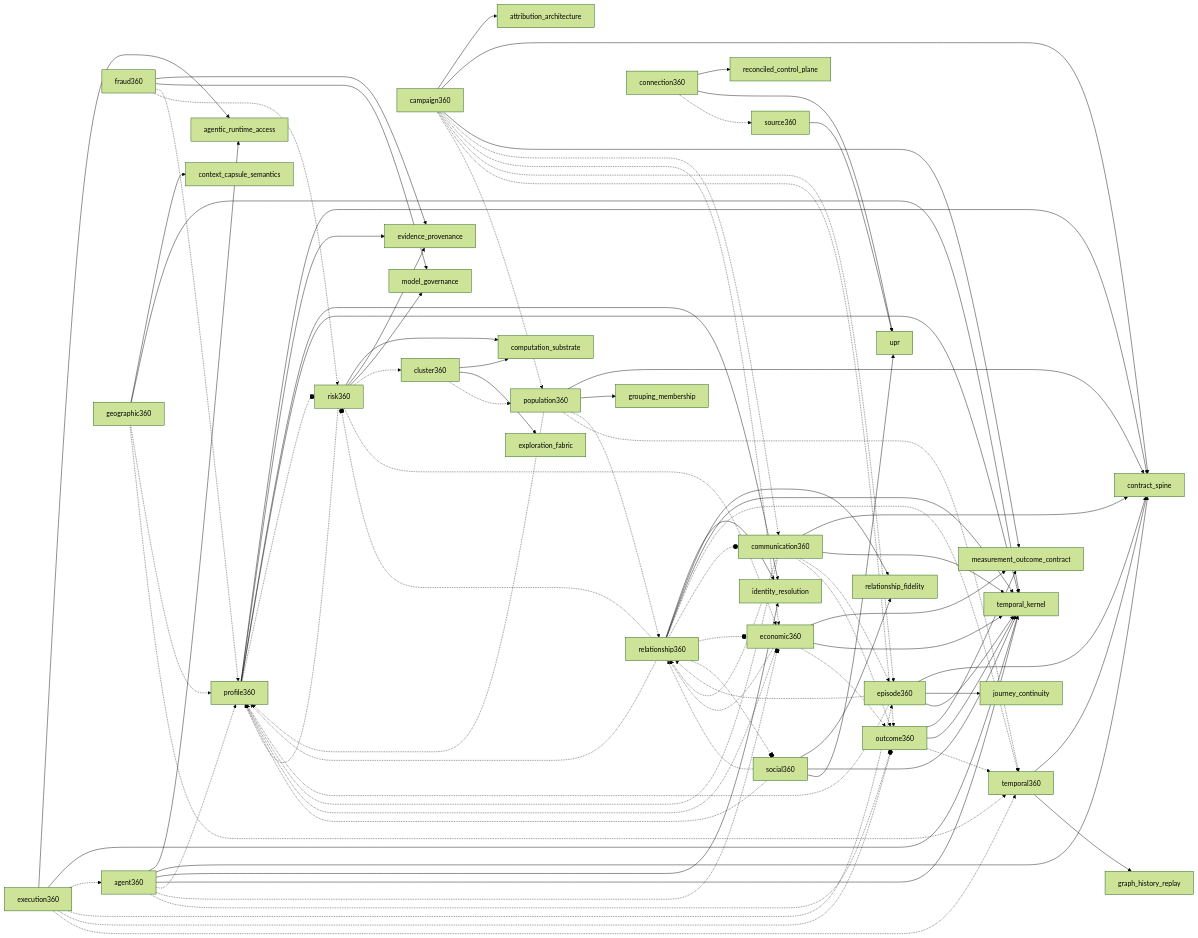
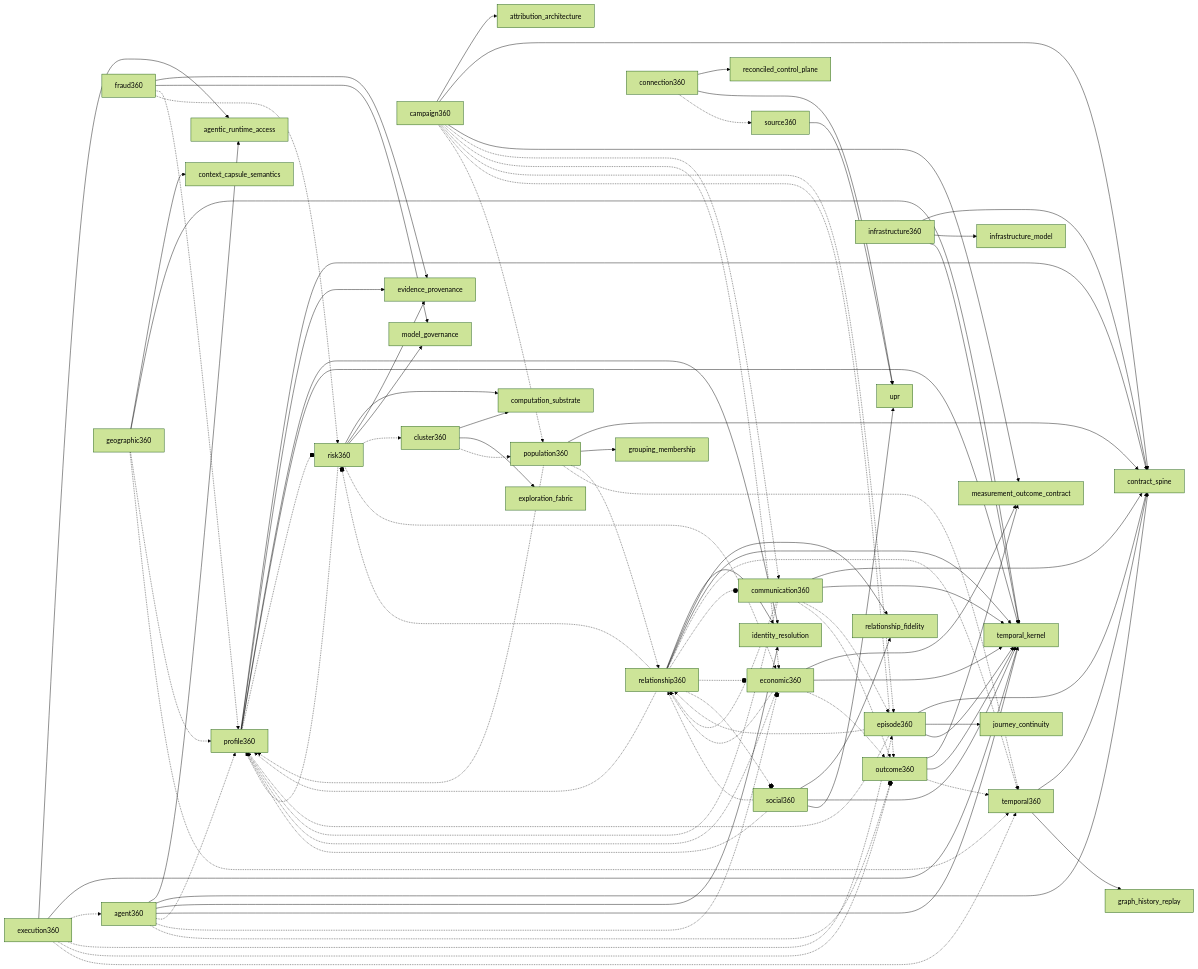
One commit to DammnThatsCrazy/AETHER changed the diagram in docs/_generated/intelligence-projection-dependency-graph.md. Above: the diagram before and after it, drawn with Mermaid (forest theme). The commit also changed other lines of this file and 128 other files, not shown here.

```diff
--- a/docs/_generated/intelligence-projection-dependency-graph.md
+++ b/docs/_generated/intelligence-projection-dependency-graph.md
@@ -62,6 +62,9 @@
   geographic360 --> temporal_kernel
   geographic360 -.-> profile360
   geographic360 -.-> temporal360
+  infrastructure360 --> contract_spine
+  infrastructure360 --> infrastructure_model
+  infrastructure360 --> temporal_kernel
   outcome360 --> measurement_outcome_contract
   outcome360 --> temporal_kernel
   outcome360 -.-> temporal360
```
